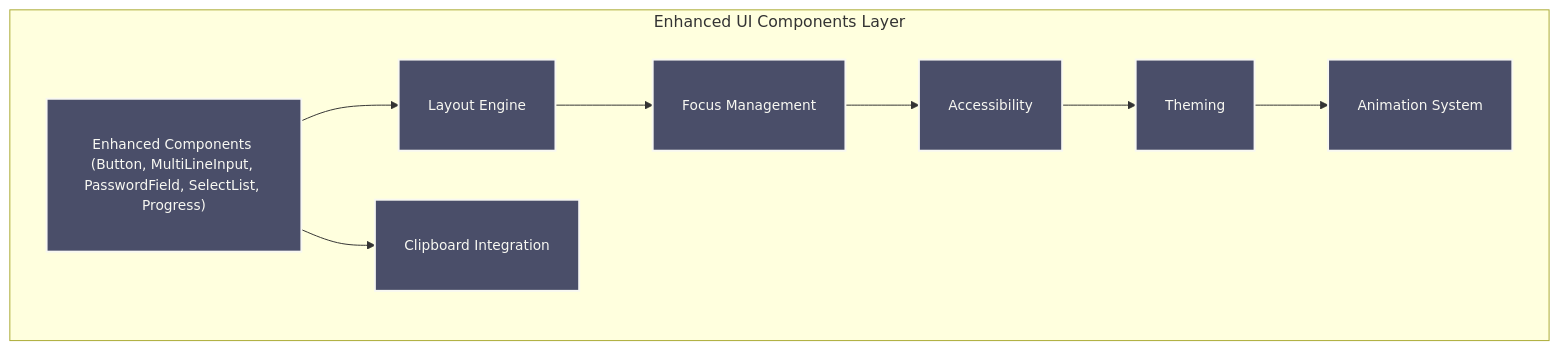
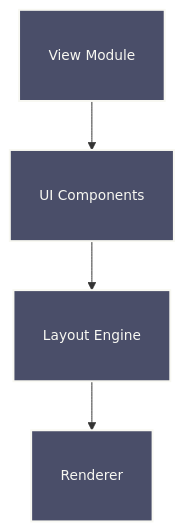
Before and after one commit to Hydepwns/raxol: the third of 6 diagrams in docs/ARCHITECTURE.md, drawn with Mermaid. The commit also changed other lines of this file and 2 other files, not shown here.

````diff
--- a/docs/ARCHITECTURE.md
+++ b/docs/ARCHITECTURE.md
@@ -169,22 +63,14 @@
 ```mermaid
 graph TB
-    subgraph UI["Enhanced UI Components Layer"]
-        Basic["Enhanced Components (Button, MultiLineInput, PasswordField, SelectList, Progress)"]
-        Layout[Layout Engine]
-        Focus[Focus Management]
-        Accessibility[Accessibility]
-        Theming[Theming]
-        Animation[Animation System]
-        Clipboard[Clipboard Integration]
-    end
+    View[View Module]
+    Components[UI Components]
+    Layout[Layout Engine]
+    Renderer[Renderer]
 
-    Basic --> Layout
-    Layout --> Focus
-    Focus --> Accessibility
-    Accessibility --> Theming
-    Theming --> Animation
-    Basic --> Clipboard
+    View --> Components
+    Components --> Layout
+    Layout --> Renderer
 
     classDef component fill:#4a4e69,stroke:#f8f8f2,stroke-width:2px,color:#f8f8f2,font-size:14px,padding:6px;
-    class Basic,Layout,Focus,Accessibility,Theming,Animation,Clipboard component;
+    class View,Components,Layout,Renderer component;
 ```
````
